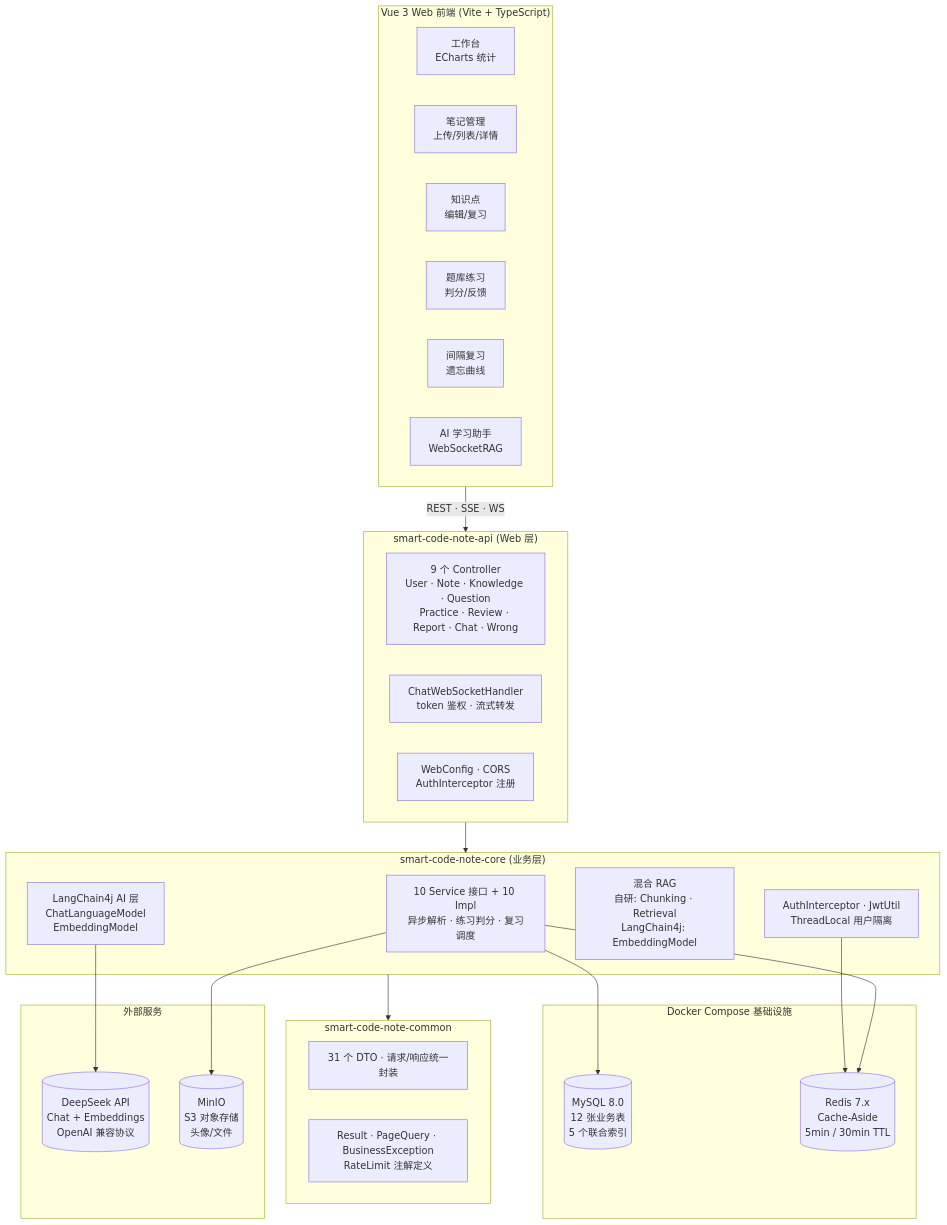
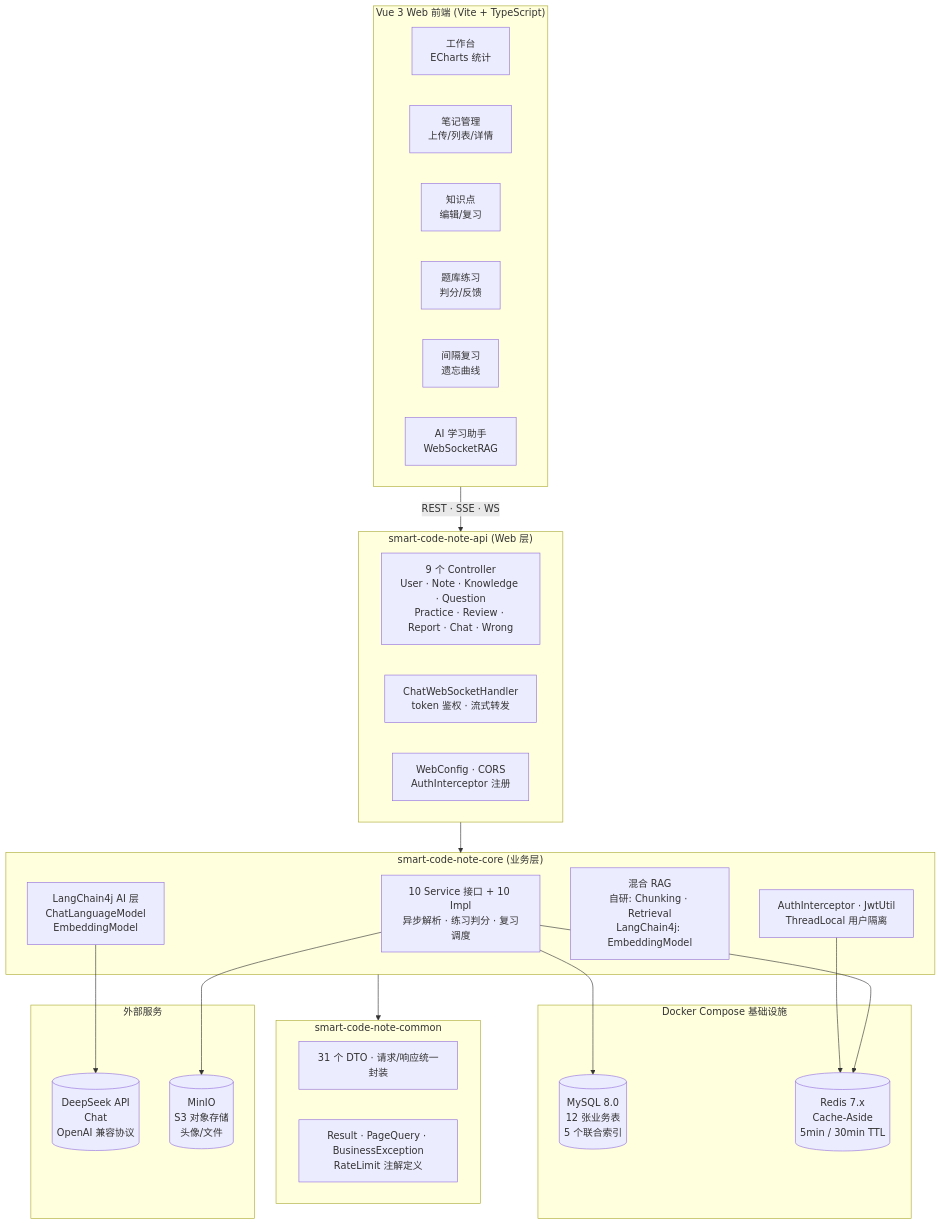
One commit to spider-freedom/smart-code-note changed the first of 2 diagrams in README.md. Above: the diagram before and after it, drawn with Mermaid. The commit also changed other lines of this file, not shown here.

````diff
--- a/README.md
+++ b/README.md
@@ -116,49 +116,49 @@
 ```mermaid
 flowchart TB
     subgraph Frontend["Vue 3 Web 前端 (Vite + TypeScript)"]
         direction LR
         Dashboard[工作台<br/>ECharts 统计]
         Notes[笔记管理<br/>上传/列表/详情]
         Knowledge[知识点<br/>编辑/复习]
         Questions[题库练习<br/>判分/反馈]
         Review[间隔复习<br/>遗忘曲线]
         Chat[AI 学习助手<br/>WebSocketRAG]
     end
 
     subgraph APIModule["smart-code-note-api (Web 层)"]
         Controllers[9 个 Controller<br/>User · Note · Knowledge · Question<br/>Practice · Review · Report · Chat · Wrong]
         WebSocket[ChatWebSocketHandler<br/>token 鉴权 · 流式转发]
         WebConfig[WebConfig · CORS<br/>AuthInterceptor 注册]
     end
 
     subgraph CoreModule["smart-code-note-core (业务层)"]
         Services[10 Service 接口 + 10 Impl<br/>异步解析 · 练习判分 · 复习调度]
         AILayer[LangChain4j AI 层<br/>ChatLanguageModel<br/>EmbeddingModel]
         RAGEngine[混合 RAG<br/>自研: Chunking · Retrieval<br/>LangChain4j: EmbeddingModel]
         Security[AuthInterceptor · JwtUtil<br/>ThreadLocal 用户隔离]
     end
 
     subgraph CommonModule["smart-code-note-common"]
         DTOs[31 个 DTO · 请求/响应统一封装]
         Shared[Result · PageQuery · BusinessException<br/>RateLimit 注解定义]
     end
 
     subgraph External["外部服务"]
-        DeepSeek[(DeepSeek API<br/>Chat + Embeddings<br/>OpenAI 兼容协议)]
+        DeepSeek[(DeepSeek API<br/>Chat<br/>OpenAI 兼容协议)]
         MinIO[(MinIO<br/>S3 对象存储<br/>头像/文件)]
     end
 
     subgraph Infra["Docker Compose 基础设施"]
         MySQL[(MySQL 8.0<br/>12 张业务表<br/>5 个联合索引)]
         Redis[(Redis 7.x<br/>Cache-Aside<br/>5min / 30min TTL)]
     end
 
     Frontend -->|REST · SSE · WS| APIModule
     APIModule --> CoreModule
     CoreModule --> CommonModule
     AILayer --> DeepSeek
     Services --> MinIO
     Services --> MySQL
     Services --> Redis
     Security --> Redis
 ```
````
